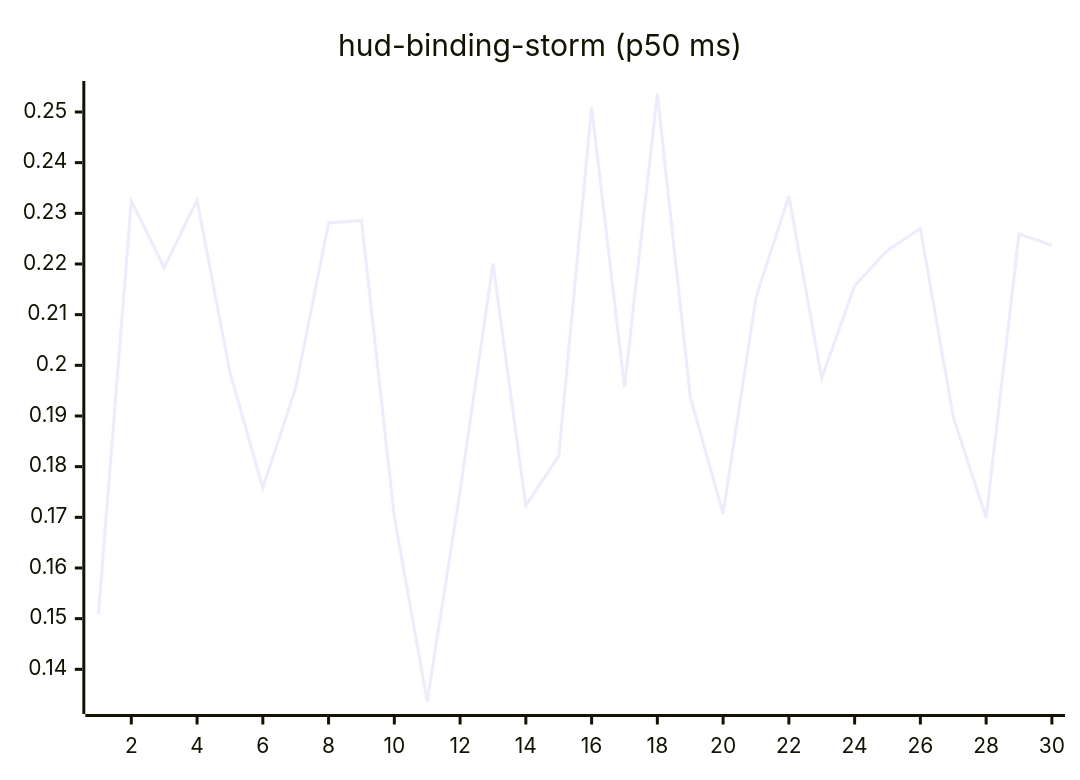
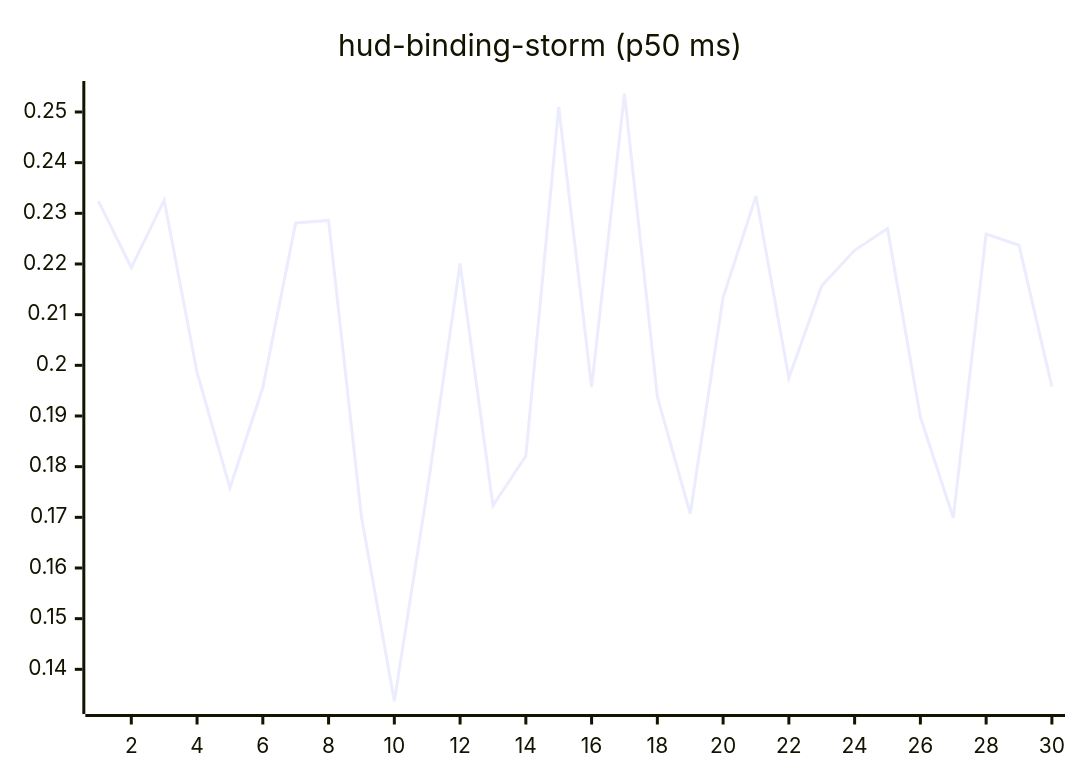
One commit to josha/Facet changed the tenth of 27 diagrams in README.md. Above: the diagram before and after it, drawn with Mermaid. The commit also changed other lines of this file and 2 other files, not shown here.

````diff
--- a/README.md
+++ b/README.md
@@ -126,6 +126,6 @@
 ```mermaid
 xychart-beta
     title "hud-binding-storm (p50 ms)"
     x-axis 1 --> 30
-    line [0.1509, 0.2324, 0.2193, 0.2326, 0.1986, 0.1758, 0.1956, 0.2281, 0.2286, 0.1701, 0.1337, 0.1752, 0.2201, 0.1723, 0.1821, 0.2510, 0.1957, 0.2536, 0.1938, 0.1707, 0.2134, 0.2334, 0.1975, 0.2157, 0.2227, 0.2270, 0.1898, 0.1699, 0.2259, 0.2237]
+    line [0.2324, 0.2193, 0.2326, 0.1986, 0.1758, 0.1956, 0.2281, 0.2286, 0.1701, 0.1337, 0.1752, 0.2201, 0.1723, 0.1821, 0.2510, 0.1957, 0.2536, 0.1938, 0.1707, 0.2134, 0.2334, 0.1975, 0.2157, 0.2227, 0.2270, 0.1898, 0.1699, 0.2259, 0.2237, 0.1958]
 ```
````
